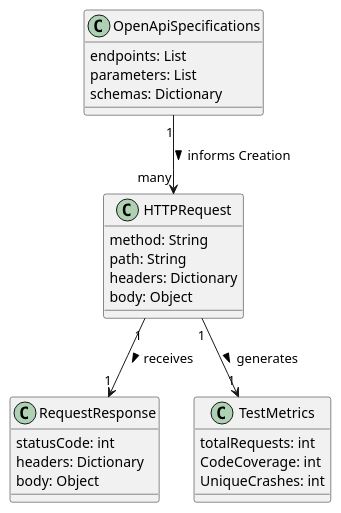
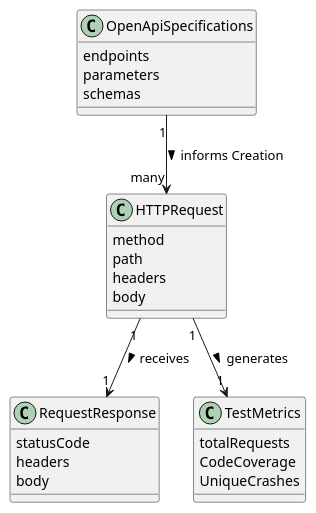
One commit to tiagodias00/FuzzTheREST changed the diagram in Documentation/domain.puml. Above: the diagram before and after it, drawn with PlantUML. The commit also changed 7 other files, not shown here.

```diff
--- a/Documentation/domain.puml
+++ b/Documentation/domain.puml
@@ -1,35 +1,35 @@
 @startuml
 
 class HTTPRequest {
-    method: String
-    path: String
-    headers: Dictionary
-    body: Object
+    method
+    path
+    headers
+    body
 }
 
 class RequestResponse {
-    statusCode: int
-    headers: Dictionary
-    body: Object
+    statusCode
+    headers
+    body
 }
 
 class TestMetrics {
-totalRequests: int
-CodeCoverage: int
-UniqueCrashes: int
+totalRequests
+CodeCoverage
+UniqueCrashes
 }
 
 class OpenApiSpecifications {
-endpoints: List
-parameters: List
-schemas: Dictionary
+endpoints
+parameters
+schemas
 }
 
 
 
 OpenApiSpecifications "1" --> "many" HTTPRequest : informs Creation >
 HTTPRequest "1" --> "1" TestMetrics : generates >
 HTTPRequest "1" --> "1" RequestResponse : receives >
 
 
 @enduml
```
